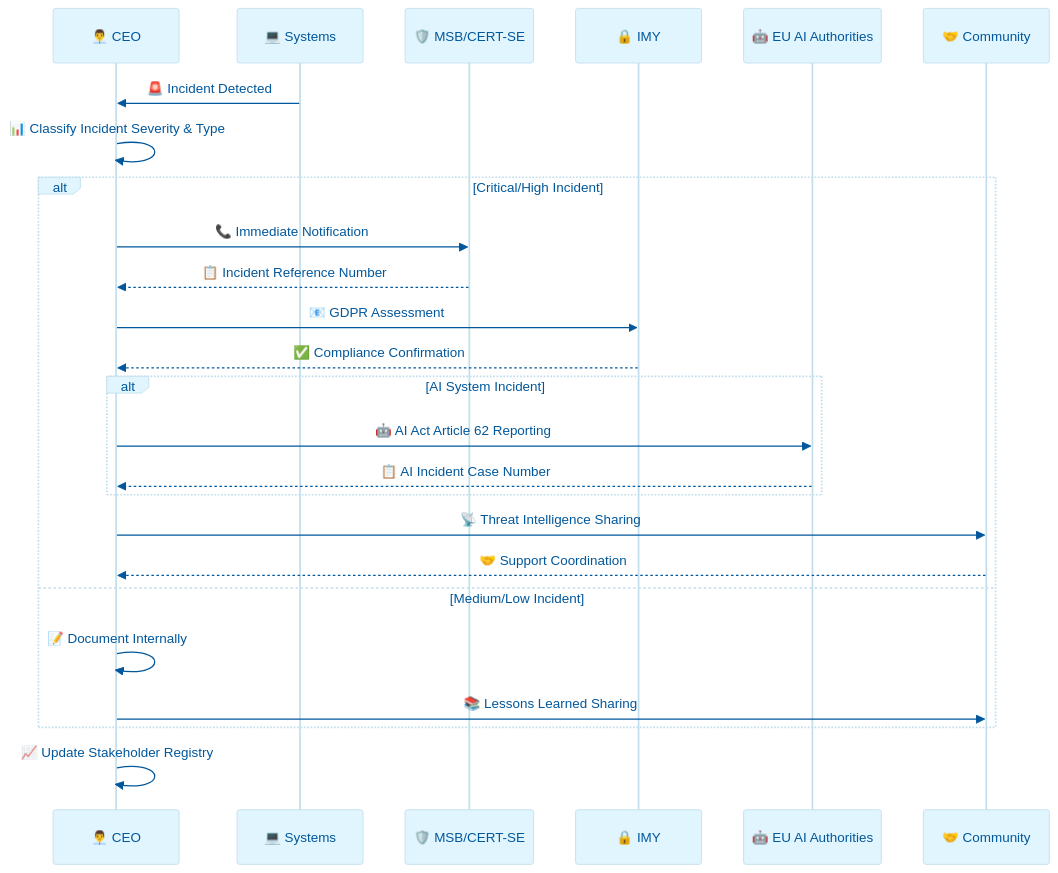
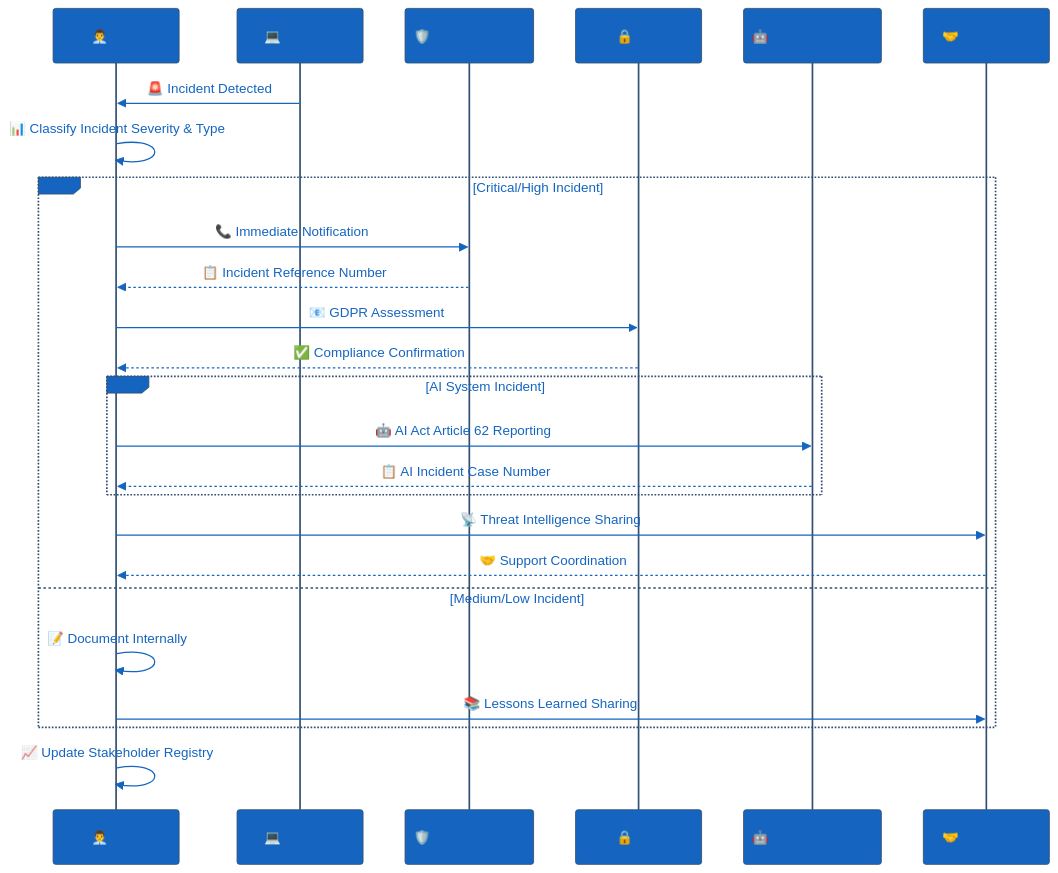
Before and after one commit to Hack23/ISMS-PUBLIC: the fourth of 4 diagrams in External_Stakeholder_Registry.md, drawn with Mermaid. The commit also changed other lines of this file, not shown here.

````diff
--- a/External_Stakeholder_Registry.md
+++ b/External_Stakeholder_Registry.md
@@ -487,45 +560,45 @@
 ```mermaid
 %%{
   init: {
     'theme': 'base',
     'themeVariables': {
-      'primaryColor': '#e1f5fe',
-      'primaryTextColor': '#01579b',
-      'lineColor': '#0288d1',
-      'secondaryColor': '#f1f8e9',
-      'tertiaryColor': '#fff8e1'
+      'primaryColor': '#1565C0',
+      'primaryTextColor': '#1565C0',
+      'lineColor': '#1565C0',
+      'secondaryColor': '#4CAF50',
+      'tertiaryColor': '#FFC107'
     }
   }
 }%%
 sequenceDiagram
     participant CEO as 👨‍💼 CEO
     participant SYSTEMS as 💻 Systems
     participant MSB as 🛡️ MSB/CERT-SE
     participant IMY as 🔒 IMY
     participant EU_AI as 🤖 EU AI Authorities
     participant COMMUNITY as 🤝 Community
     
     SYSTEMS->>CEO: 🚨 Incident Detected
     CEO->>CEO: 📊 Classify Incident Severity & Type
     
     alt Critical/High Incident
         CEO->>MSB: 📞 Immediate Notification
         MSB-->>CEO: 📋 Incident Reference Number
         
         CEO->>IMY: 📧 GDPR Assessment
         IMY-->>CEO: ✅ Compliance Confirmation
         
         alt AI System Incident
             CEO->>EU_AI: 🤖 AI Act Article 62 Reporting
             EU_AI-->>CEO: 📋 AI Incident Case Number
         end
         
         CEO->>COMMUNITY: 📡 Threat Intelligence Sharing
         COMMUNITY-->>CEO: 🤝 Support Coordination
     else Medium/Low Incident
         CEO->>CEO: 📝 Document Internally
         CEO->>COMMUNITY: 📚 Lessons Learned Sharing
     end
     
     CEO->>CEO: 📈 Update Stakeholder Registry
 ```
````
